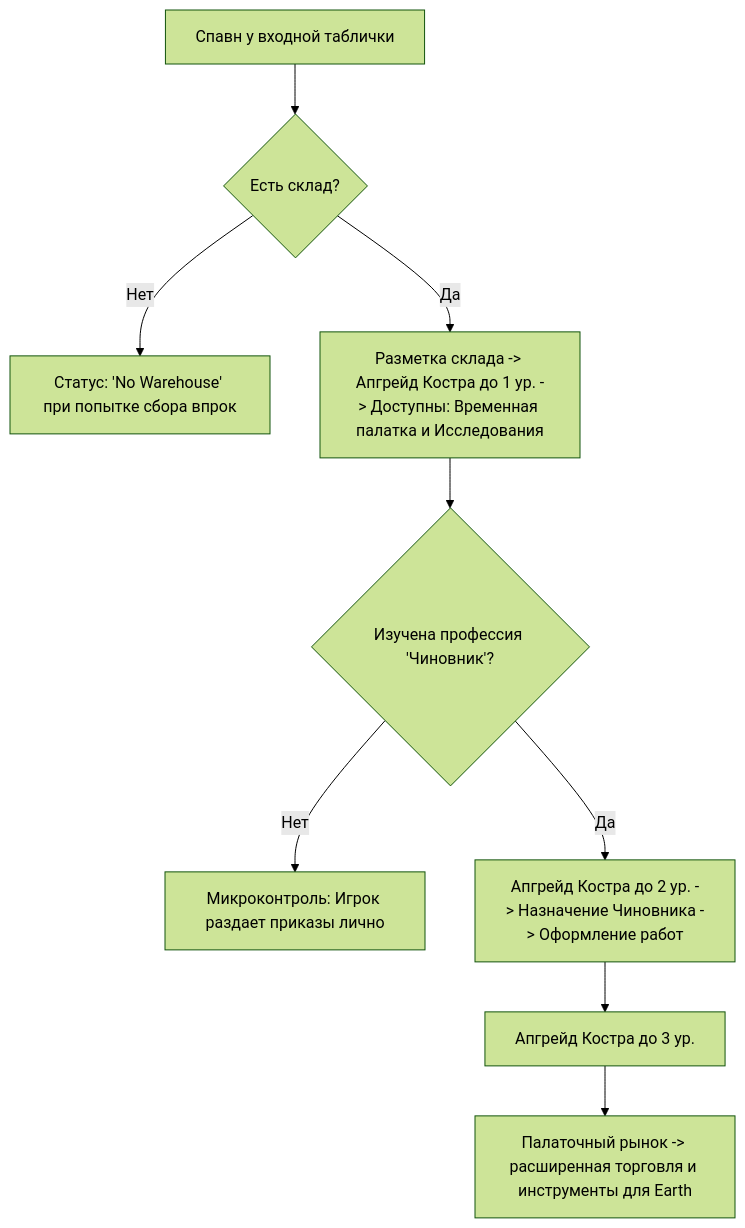
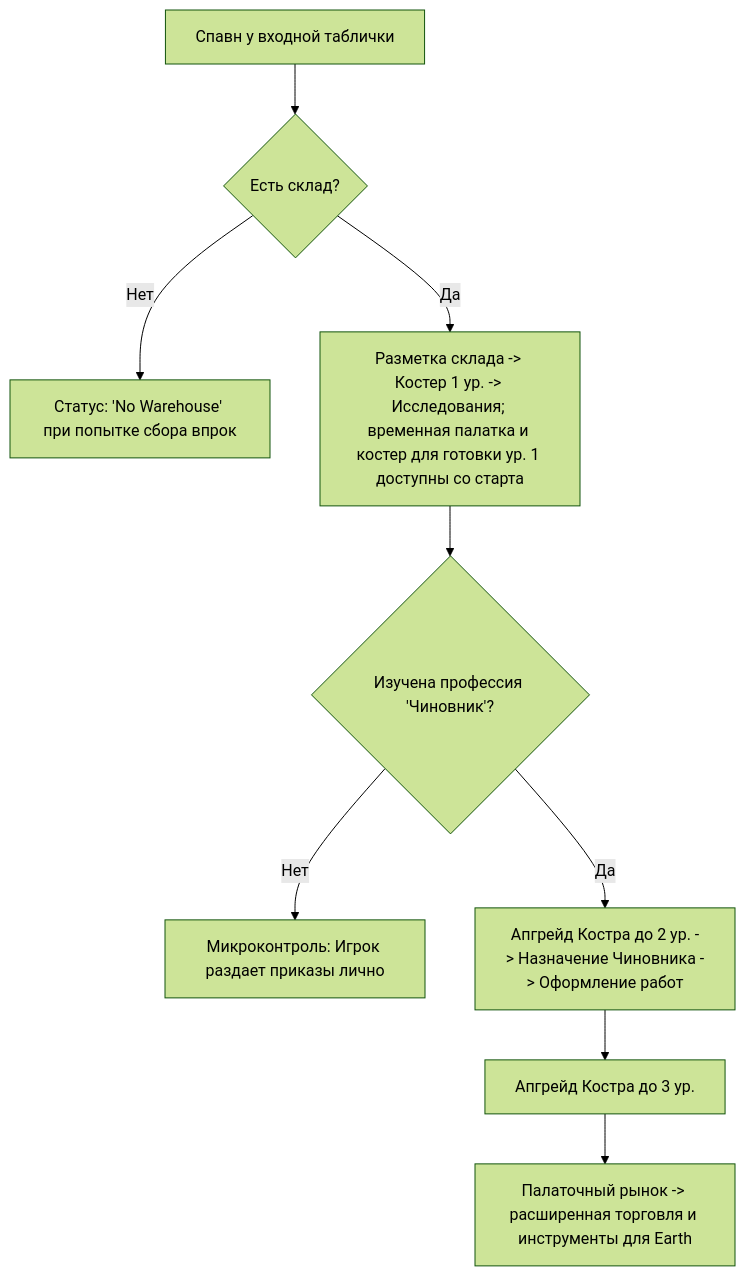
Before and after one commit to bozonx/go-to-happyness: the diagram in design_docs/tent_era_survival.md, drawn with Mermaid (forest theme). The commit also changed other lines of this file and 7 other files, not shown here.

````diff
--- a/design_docs/tent_era_survival.md
+++ b/design_docs/tent_era_survival.md
@@ -82,11 +82,11 @@
 ```mermaid
 graph TD
     Spawn[Спавн у входной таблички] --> NoWarehouse{Есть склад?}
     NoWarehouse -- Нет --> StatusNoWarehouse[Статус: 'No Warehouse' при попытке сбора впрок]
-    NoWarehouse -- Да --> BuildCampfire1[Разметка склада -> Апгрейд Костра до 1 ур. -> Доступны: Временная палатка и Исследования]
+    NoWarehouse -- Да --> BuildCampfire1[Разметка склада -> Костер 1 ур. -> Исследования; временная палатка и костер для готовки ур. 1 доступны со старта]
     BuildCampfire1 --> ResearchOfficial{Изучена профессия 'Чиновник'?}
     ResearchOfficial -- Нет --> MicroManagement[Микроконтроль: Игрок раздает приказы лично]
     ResearchOfficial -- Да --> UpgradeCampfire2[Апгрейд Костра до 2 ур. -> Назначение Чиновника -> Оформление работ]
     UpgradeCampfire2 --> UpgradeCampfire3[Апгрейд Костра до 3 ур.]
     UpgradeCampfire3 --> TentMarket[Палаточный рынок -> расширенная торговля и инструменты для Earth]
 ```
````
